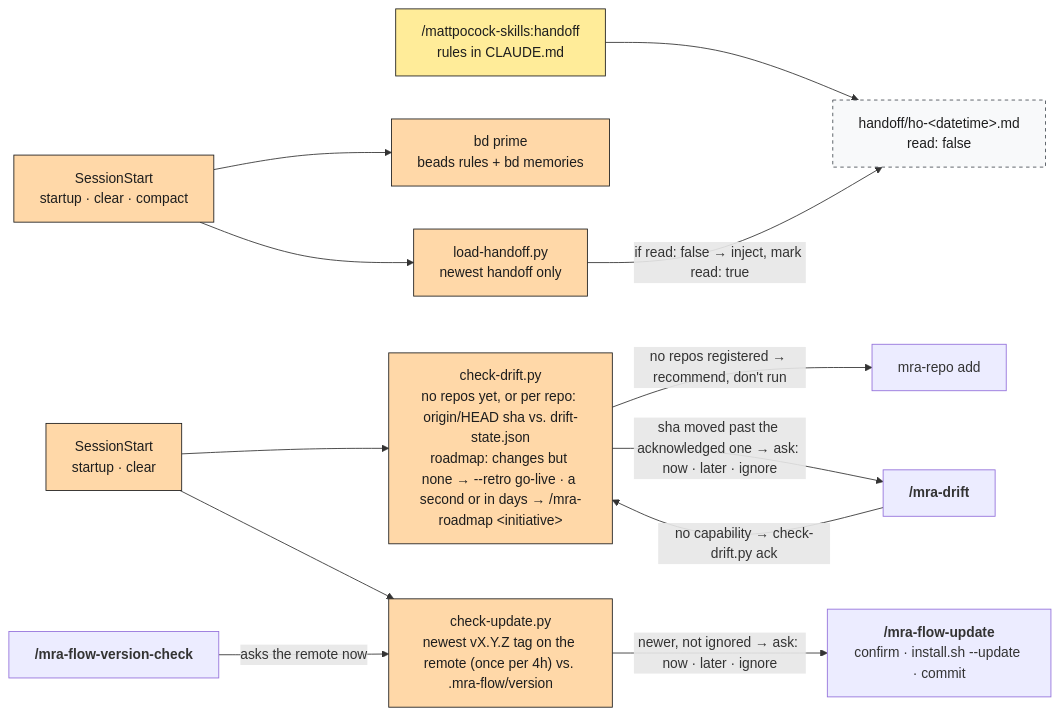
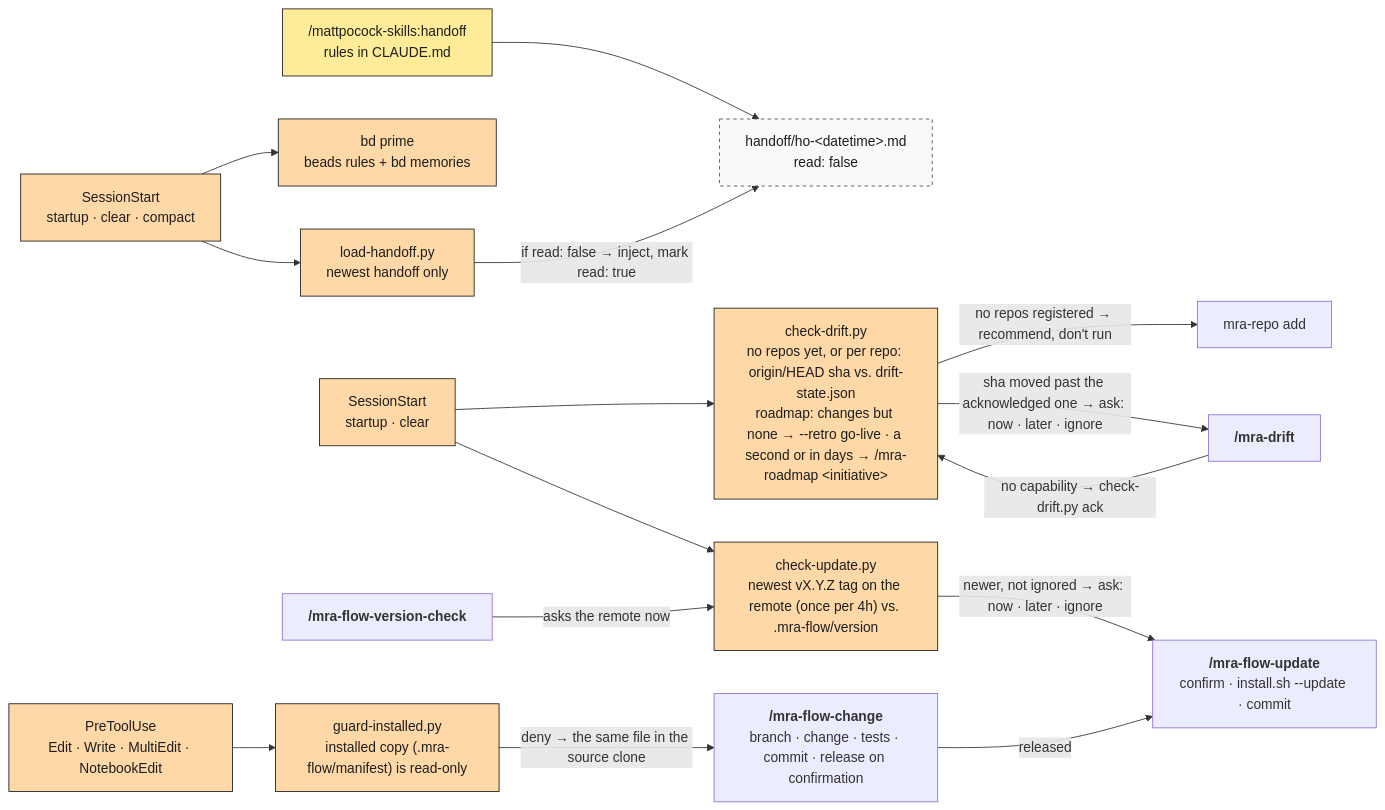
Before and after one commit to Ancora-Ancora/mra-flow: the fifth of 5 diagrams in payload/orchestrator/.mra-flow/docs/mra-flow.md, drawn with Mermaid. The commit also changed 10 other files, not shown here.

First line of the commit message:
Keep the installed copy read-only and add /mra-flow-change

````diff
--- a/payload/orchestrator/.mra-flow/docs/mra-flow.md
+++ b/payload/orchestrator/.mra-flow/docs/mra-flow.md
@@ -260,19 +260,22 @@
 ```mermaid
 %%{init: {"themeCSS": ".t{font-size:1.25em;font-weight:700} .bos,.bsp,.bmp,.bcu{padding:2px 6px} .bos{background:#a5d8ff} .bsp{background:#b2f2bb} .bmp{background:#ffec99} .bcu{background:#d0bfff}"}}%%
 flowchart LR
     classDef mp fill:#ffec99,stroke:#1e1e1e,color:#1e1e1e
     classDef hook fill:#ffd8a8,stroke:#1e1e1e,color:#1e1e1e
     classDef art fill:#f8f9fa,stroke:#495057,stroke-dasharray:4 4,color:#1e1e1e
 
     ho["/mattpocock-skills:handoff<br/>rules in CLAUDE.md"]:::mp --> hf["handoff/ho-#lt;datetime#gt;.md<br/>read: false"]:::art
     ss["SessionStart<br/>startup · clear · compact"]:::hook --> bp["bd prime<br/>beads rules + bd memories"]:::hook
     ss --> lh["load-handoff.py<br/>newest handoff only"]:::hook
     lh -- "if read: false → inject, mark read: true" --> hf
     ss2["SessionStart<br/>startup · clear"]:::hook --> cd["check-drift.py<br/>no repos yet, or per repo: origin/HEAD sha vs. drift-state.json<br/>roadmap: changes but none → --retro go-live · a second or in days → /mra-roadmap #lt;initiative#gt;"]:::hook
     cd -- "no repos registered → recommend, don't run" --> mr["mra-repo add"]
     cd -- "sha moved past the acknowledged one → ask: now · later · ignore" --> dr["<b class='t'>/mra-drift</b>"]
     dr -- "no capability → check-drift.py ack" --> cd
     ss2 --> cu["check-update.py<br/>newest vX.Y.Z tag on the remote (once per 4h) vs. .mra-flow/version"]:::hook
     cu -- "newer, not ignored → ask: now · later · ignore" --> up["<b class='t'>/mra-flow-update</b><br/>confirm · install.sh --update · commit"]
     vc["<b class='t'>/mra-flow-version-check</b>"] -- "asks the remote now" --> cu
+    pt["PreToolUse<br/>Edit · Write · MultiEdit · NotebookEdit"]:::hook --> gi["guard-installed.py<br/>installed copy (.mra-flow/manifest) is read-only"]:::hook
+    gi -- "deny → the same file in the source clone" --> ch["<b class='t'>/mra-flow-change</b><br/>branch · change · tests · commit · release on confirmation"]
+    ch -- "released" --> up
 ```
````
